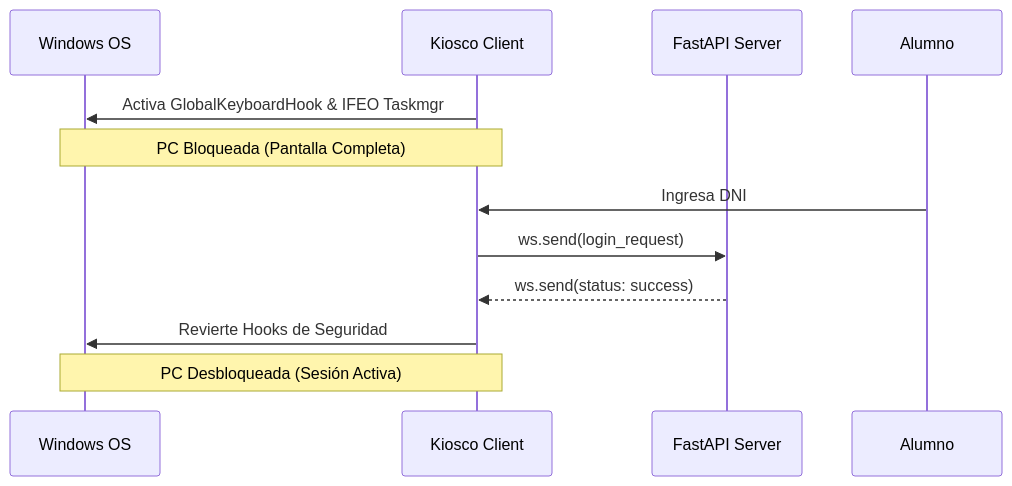
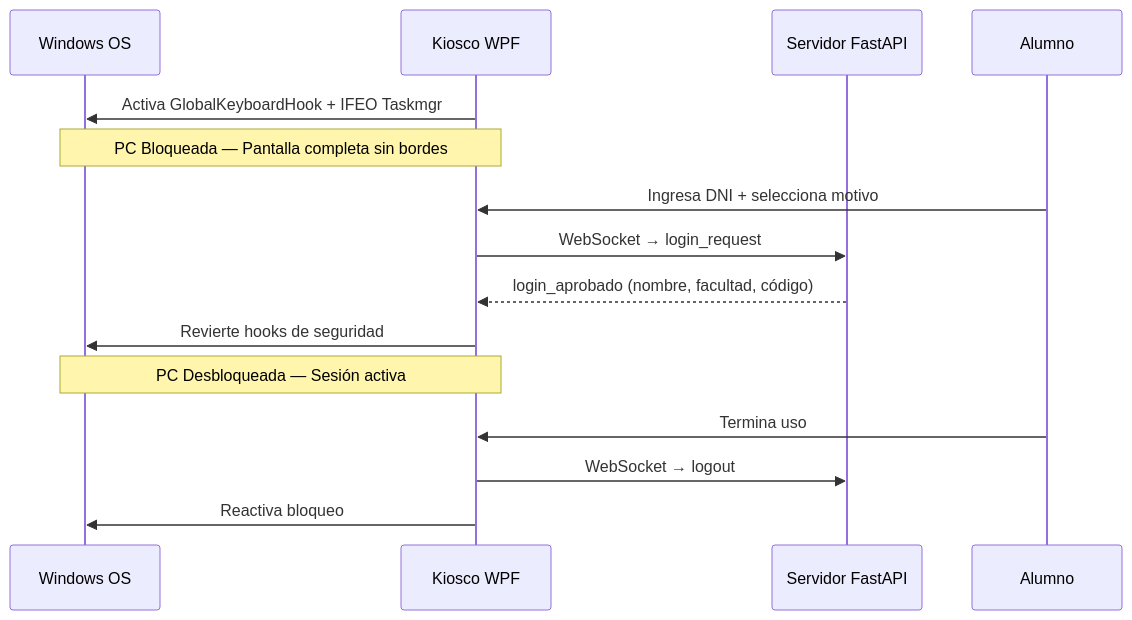
The third of 7 diagrams in README.md (paraZmol/ControlBiblioteca), drawn with Mermaid before and after one commit. The commit also changed other lines of this file, not shown here.

````diff
--- a/README.md
+++ b/README.md
@@ -82,14 +117,17 @@
 ```mermaid
 sequenceDiagram
     participant OS as Windows OS
-    participant WPF as Kiosco Client
-    participant API as FastAPI Server
-    
-    WPF->>OS: Activa GlobalKeyboardHook & IFEO Taskmgr
-    Note over OS,WPF: PC Bloqueada (Pantalla Completa)
-    Alumno->>WPF: Ingresa DNI
-    WPF->>API: ws.send(login_request)
-    API-->>WPF: ws.send(status: success)
-    WPF->>OS: Revierte Hooks de Seguridad
-    Note over OS,WPF: PC Desbloqueada (Sesión Activa)
+    participant WPF as Kiosco WPF
+    participant API as Servidor FastAPI
+
+    WPF->>OS: Activa GlobalKeyboardHook + IFEO Taskmgr
+    Note over OS,WPF: PC Bloqueada — Pantalla completa sin bordes
+    Alumno->>WPF: Ingresa DNI + selecciona motivo
+    WPF->>API: WebSocket → login_request
+    API-->>WPF: login_aprobado (nombre, facultad, código)
+    WPF->>OS: Revierte hooks de seguridad
+    Note over OS,WPF: PC Desbloqueada — Sesión activa
+    Alumno->>WPF: Termina uso
+    WPF->>API: WebSocket → logout
+    WPF->>OS: Reactiva bloqueo
 ```
````
